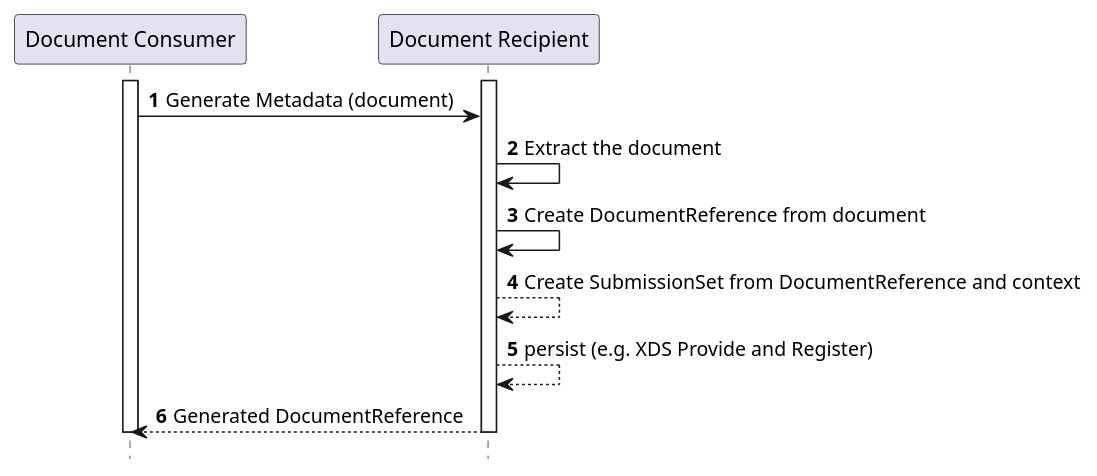
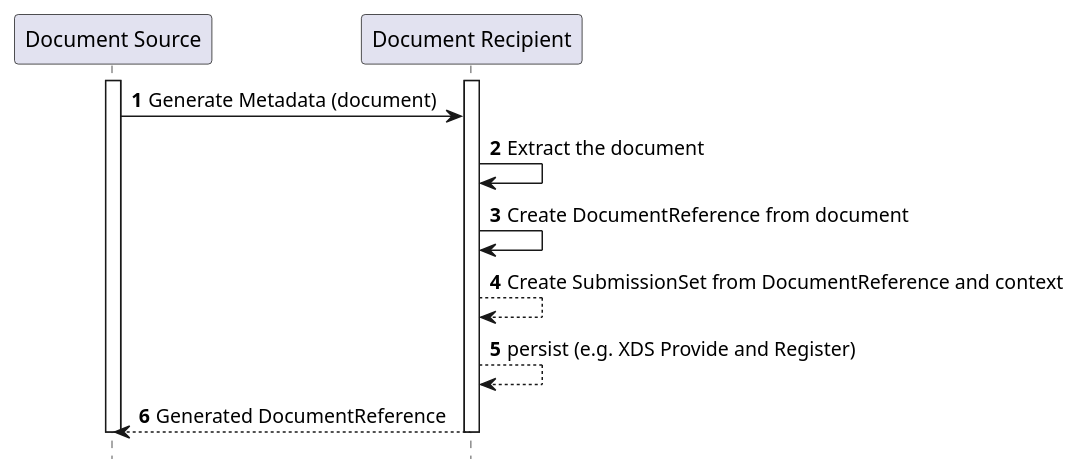
One commit to IHE/ITI.MHD changed the diagram in input/images-source/ITI-106-seq.plantuml. Above: the diagram before and after it, drawn with PlantUML.

Commit message:
proper actor in ITI-106

```diff
--- a/input/images-source/ITI-106-seq.plantuml
+++ b/input/images-source/ITI-106-seq.plantuml
@@ -1,17 +1,17 @@
 @startuml
 hide footbox
 autonumber
-participant "Document Consumer" as DocumentConsumer
+participant "Document Source" as DocumentSource
 participant "Document Recipient" as DocumentRecipient
 autonumber
-activate DocumentConsumer
+activate DocumentSource
 activate DocumentRecipient
-DocumentConsumer -> DocumentRecipient : Generate Metadata (document)
+DocumentSource -> DocumentRecipient : Generate Metadata (document)
 DocumentRecipient -> DocumentRecipient : Extract the document
 DocumentRecipient -> DocumentRecipient : Create DocumentReference from document 
 DocumentRecipient --> DocumentRecipient : Create SubmissionSet from DocumentReference and context
 DocumentRecipient --> DocumentRecipient : persist (e.g. XDS Provide and Register)
-DocumentConsumer <-- DocumentRecipient : Generated DocumentReference
-deactivate DocumentConsumer
+DocumentSource <-- DocumentRecipient : Generated DocumentReference
+deactivate DocumentSource
 deactivate DocumentRecipient
 @enduml
```
